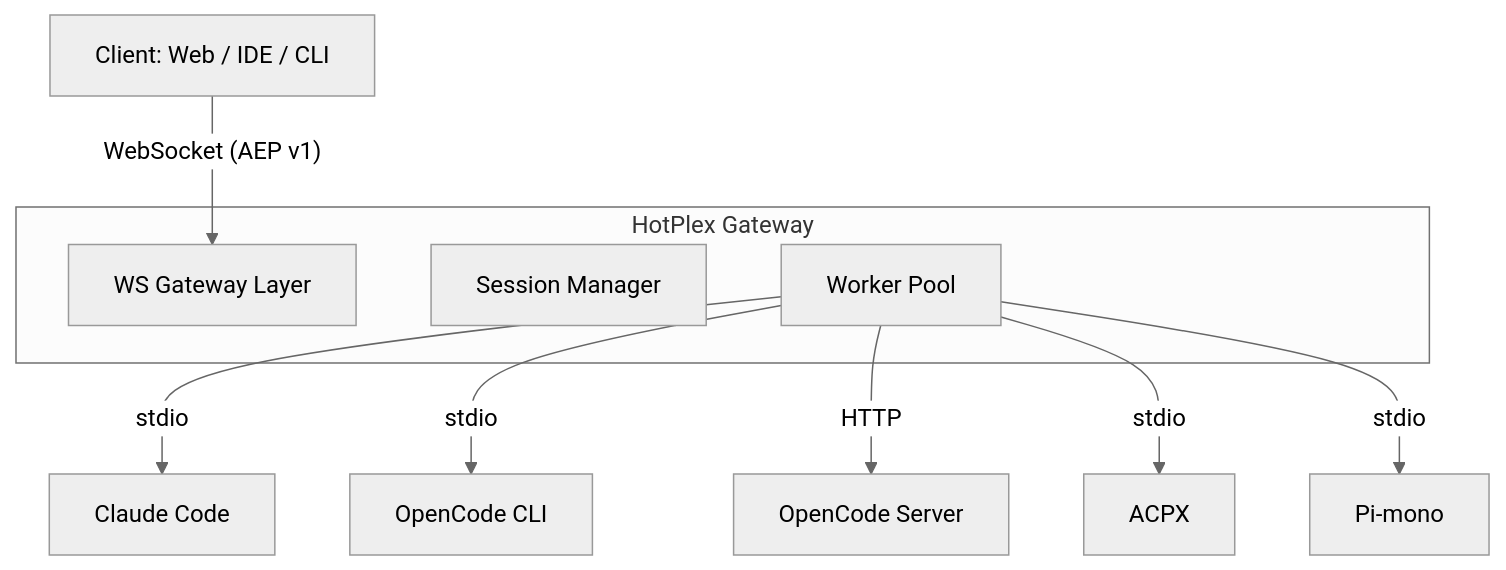
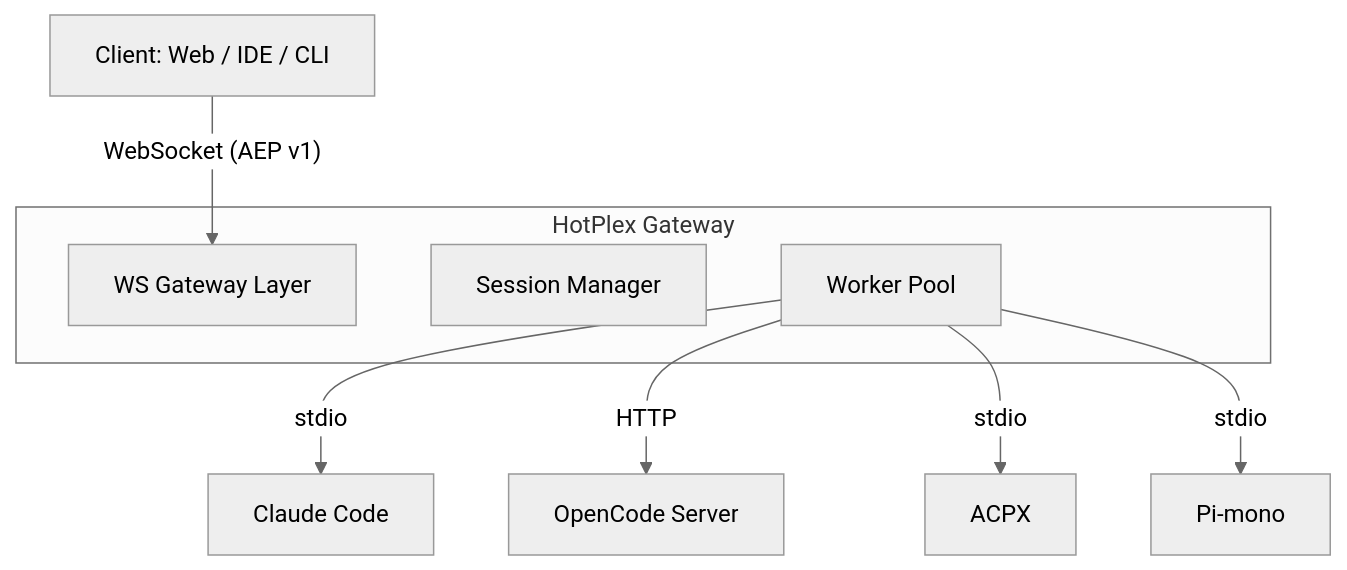
One commit to hrygo/HotPlex changed the diagram in README.md. Above: the diagram before and after it, drawn with Mermaid (neutral theme). The commit also changed other lines of this file and 65 other files, not shown here.

First line of the commit message:
refactor(worker): deprecate OpenCode CLI adapter, add user interaction and session control specs

````diff
--- a/README.md
+++ b/README.md
@@ -24,14 +24,13 @@
 ```mermaid
 graph TD
     Client[Client: Web / IDE / CLI] -- "WebSocket (AEP v1)" --> Gateway
     subgraph HotPlex Gateway
         Gateway[WS Gateway Layer]
         Session[Session Manager]
         Pool[Worker Pool]
     end
     Pool -- "stdio" --> Claude[Claude Code]
-    Pool -- "stdio" --> OpenCode[OpenCode CLI]
     Pool -- "HTTP" --> OCS[OpenCode Server]
     Pool -- "stdio" --> ACPX[ACPX]
     Pool -- "stdio" --> Pi[Pi-mono]
 ```
````
